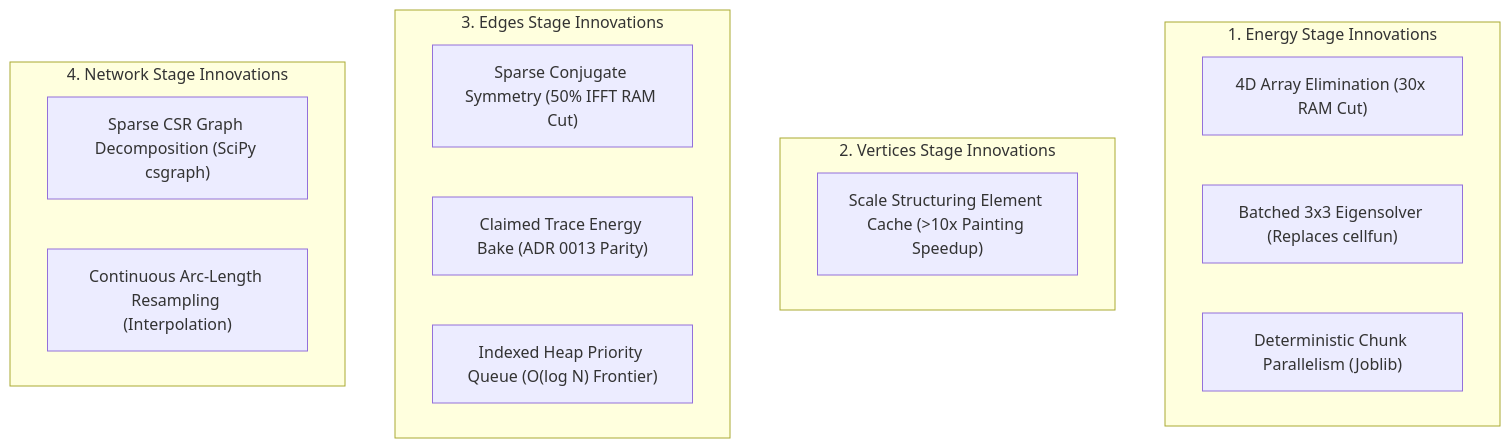
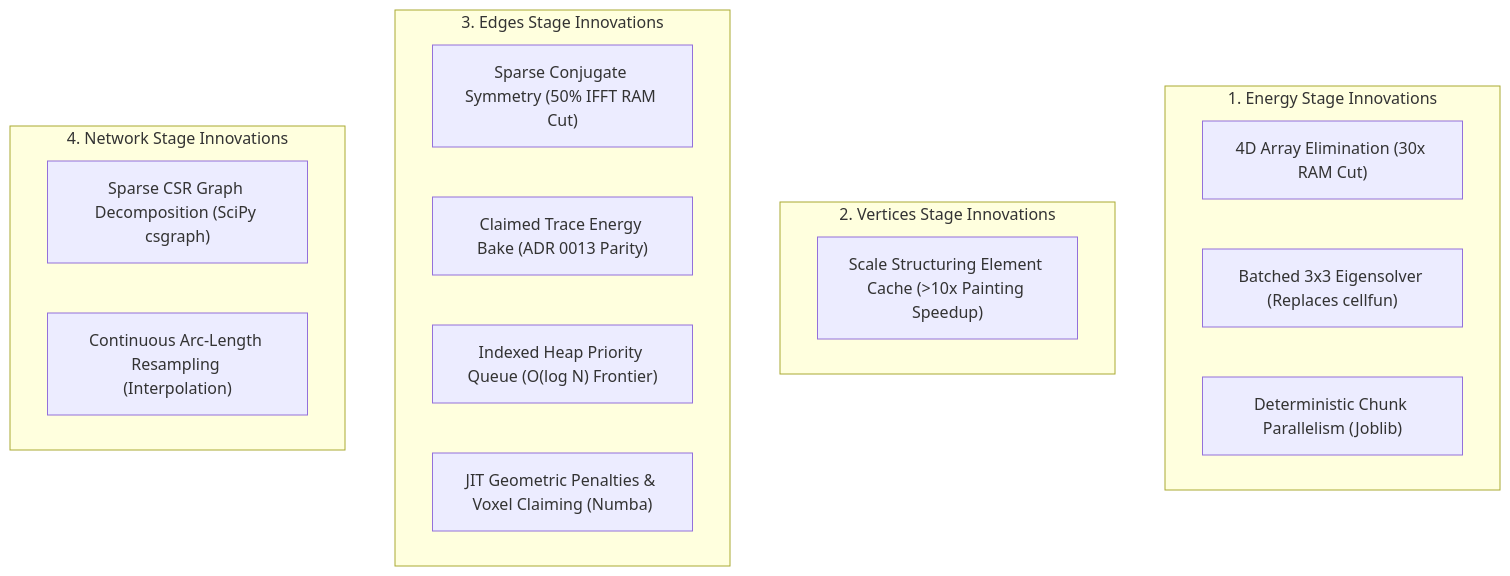
The diagram in docs/investigations/PARITY_PRESERVED_PERFORMANCE_INNOVATIONS.md (guitarbeat/slavv2python), drawn with Mermaid before and after one commit. The commit also changed other lines of this file and 2 other files, not shown here.

Commit message:
docs: catalog Innovation 10 (JIT geometric penalties and atomic voxel claiming in Watershed Discovery)

````diff
--- a/docs/investigations/PARITY_PRESERVED_PERFORMANCE_INNOVATIONS.md
+++ b/docs/investigations/PARITY_PRESERVED_PERFORMANCE_INNOVATIONS.md
@@ -19,23 +19,24 @@
 ```mermaid
 graph TD
     subgraph Energy["1. Energy Stage Innovations"]
         E1["4D Array Elimination (30x RAM Cut)"]
         E2["Batched 3x3 Eigensolver (Replaces cellfun)"]
         E3["Deterministic Chunk Parallelism (Joblib)"]
     end
 
     subgraph Vertices["2. Vertices Stage Innovations"]
         V1["Scale Structuring Element Cache (>10x Painting Speedup)"]
     end
 
     subgraph Edges["3. Edges Stage Innovations"]
         W1["Sparse Conjugate Symmetry (50% IFFT RAM Cut)"]
         W2["Claimed Trace Energy Bake (ADR 0013 Parity)"]
         W3["Indexed Heap Priority Queue (O(log N) Frontier)"]
+        W4["JIT Geometric Penalties & Voxel Claiming (Numba)"]
     end
 
     subgraph Network["4. Network Stage Innovations"]
         N1["Sparse CSR Graph Decomposition (SciPy csgraph)"]
         N2["Continuous Arc-Length Resampling (Interpolation)"]
     end
 ```
````
